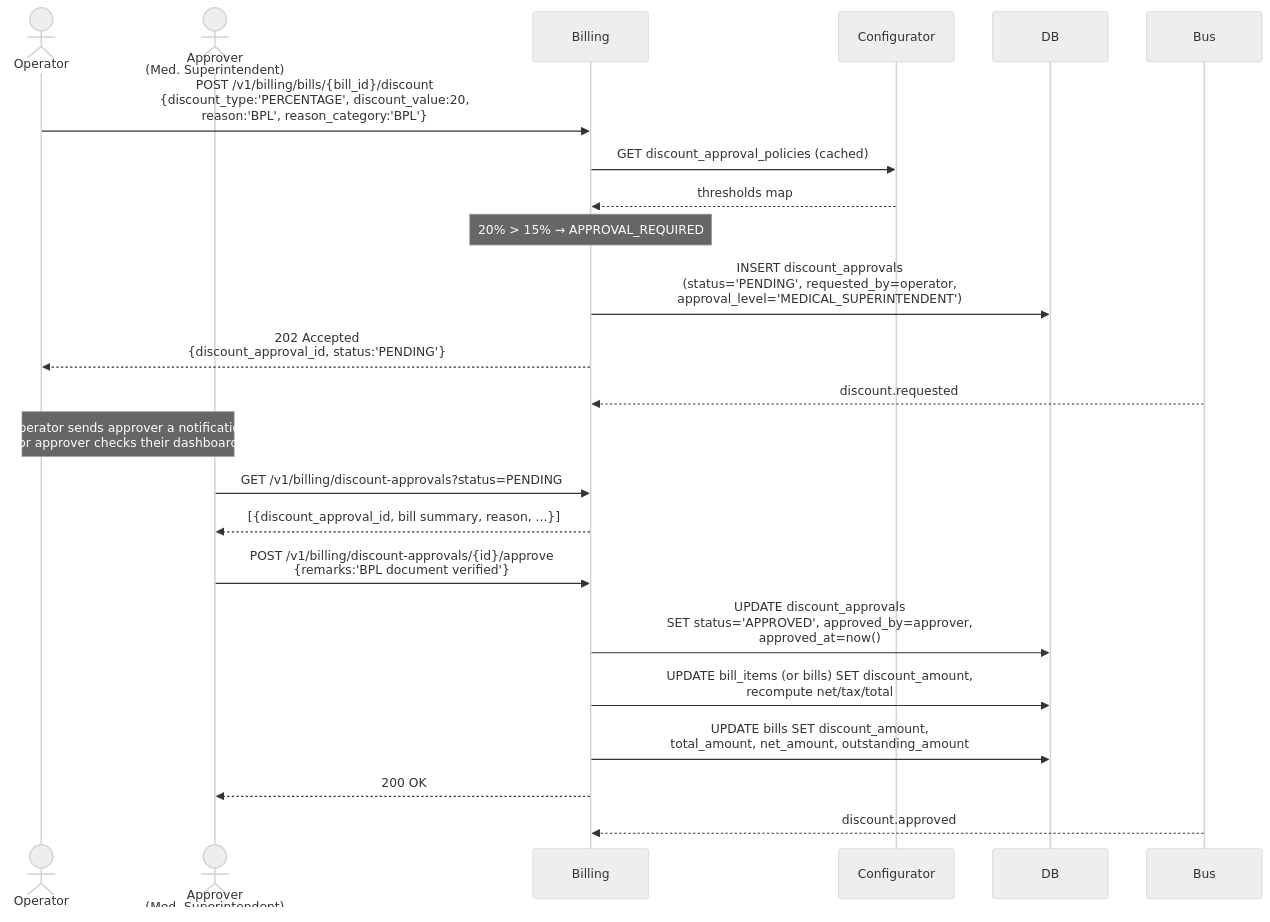
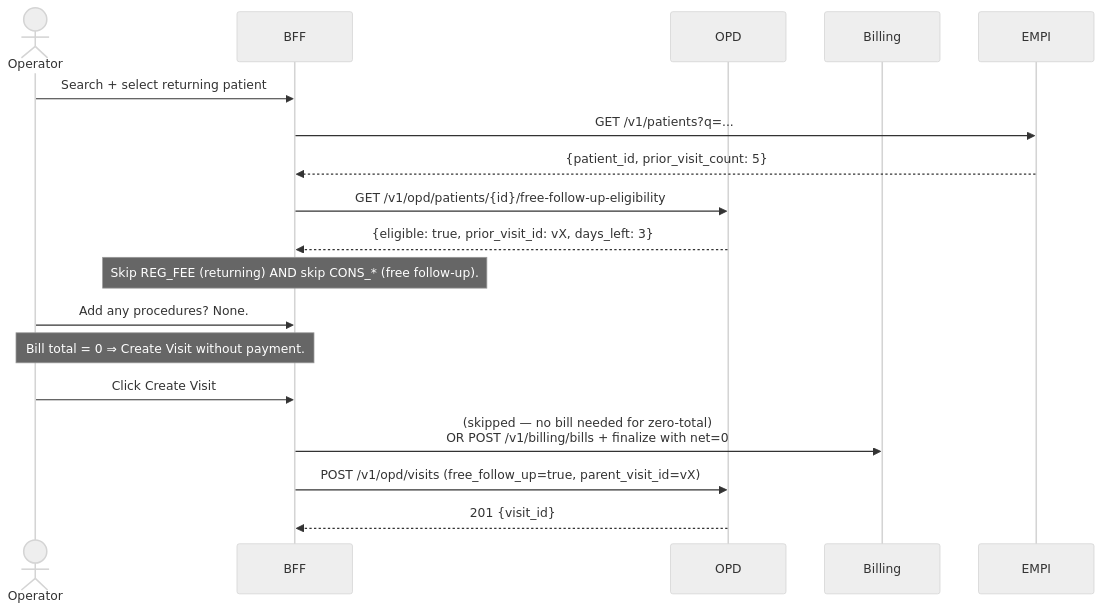
Before and after one commit to IQ-Line/HospitalSaarthi: the third of 7 diagrams in docs/architecture/lld/billing/02-scenarios.md, drawn with Mermaid (neutral theme). The commit also changed other lines of this file and 11 other files, not shown here.

````diff
--- a/docs/architecture/lld/billing/02-scenarios.md
+++ b/docs/architecture/lld/billing/02-scenarios.md
@@ -160,28 +141,23 @@
 ```mermaid
 sequenceDiagram
     actor Operator
-    actor Approver as Approver<br/>(Med. Superintendent)
+    participant BFF
+    participant OPD
     participant Billing
-    participant Cfg as Configurator
-    participant DB
-    participant Bus
+    participant EMPI
 
-    Operator->>Billing: POST /v1/billing/bills/{bill_id}/discount<br/>{discount_type:'PERCENTAGE', discount_value:20,<br/> reason:'BPL', reason_category:'BPL'}
-    Billing->>Cfg: GET discount_approval_policies (cached)
-    Cfg-->>Billing: thresholds map
-    Note over Billing: 20% > 15% → APPROVAL_REQUIRED
-    Billing->>DB: INSERT discount_approvals<br/>(status='PENDING', requested_by=operator,<br/>approval_level='MEDICAL_SUPERINTENDENT')
-    Billing-->>Operator: 202 Accepted<br/>{discount_approval_id, status:'PENDING'}
-    Bus-->>Billing: discount.requested
+    Operator->>BFF: Search + select returning patient
+    BFF->>EMPI: GET /v1/patients?q=...
+    EMPI-->>BFF: {patient_id, prior_visit_count: 5}
+    BFF->>OPD: GET /v1/opd/patients/{id}/free-follow-up-eligibility
+    OPD-->>BFF: {eligible: true, prior_visit_id: vX, days_left: 3}
+    Note over BFF: Skip REG_FEE (returning) AND skip CONS_* (free follow-up).
 
-    Note over Operator,Approver: Operator sends approver a notification<br/>(or approver checks their dashboard)
+    Operator->>BFF: Add any procedures? None.
+    Note over Operator,BFF: Bill total = 0 ⇒ Create Visit without payment.
 
-    Approver->>Billing: GET /v1/billing/discount-approvals?status=PENDING
-    Billing-->>Approver: [{discount_approval_id, bill summary, reason, ...}]
-    Approver->>Billing: POST /v1/billing/discount-approvals/{id}/approve<br/>{remarks:'BPL document verified'}
-    Billing->>DB: UPDATE discount_approvals<br/>SET status='APPROVED', approved_by=approver,<br/>approved_at=now()
-    Billing->>DB: UPDATE bill_items (or bills) SET discount_amount,<br/>recompute net/tax/total
-    Billing->>DB: UPDATE bills SET discount_amount,<br/>total_amount, net_amount, outstanding_amount
-    Billing-->>Approver: 200 OK
-    Bus-->>Billing: discount.approved
+    Operator->>BFF: Click Create Visit
+    BFF->>Billing: (skipped — no bill needed for zero-total)<br/>OR POST /v1/billing/bills + finalize with net=0
+    BFF->>OPD: POST /v1/opd/visits (free_follow_up=true, parent_visit_id=vX)
+    OPD-->>BFF: 201 {visit_id}
 ```
````
